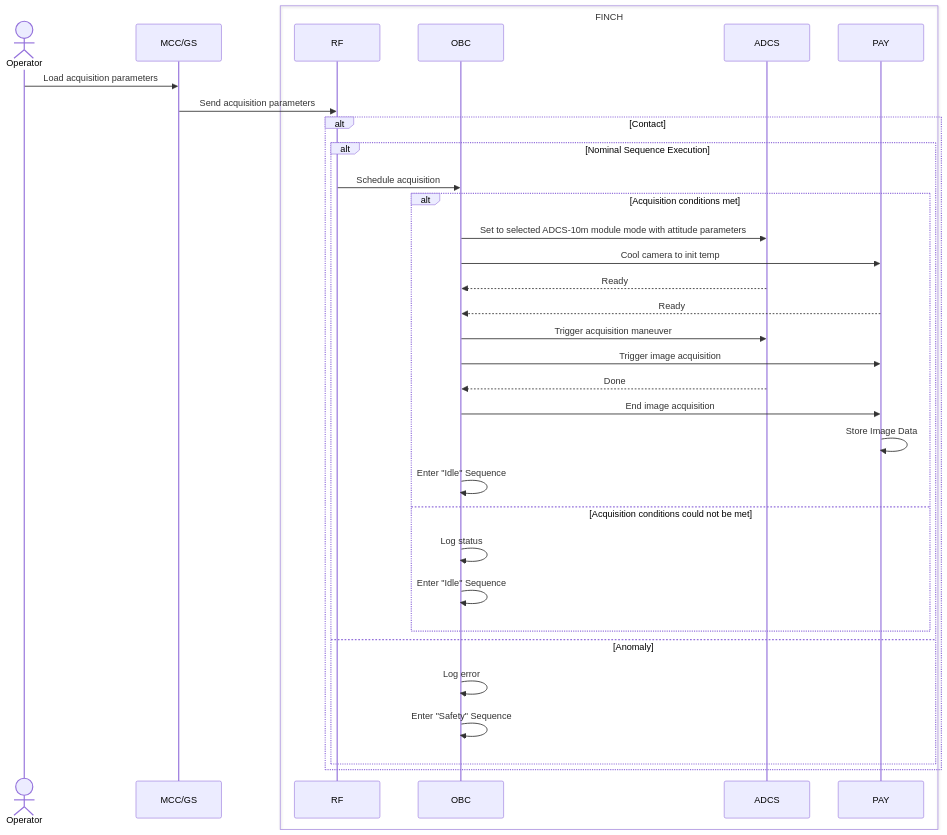
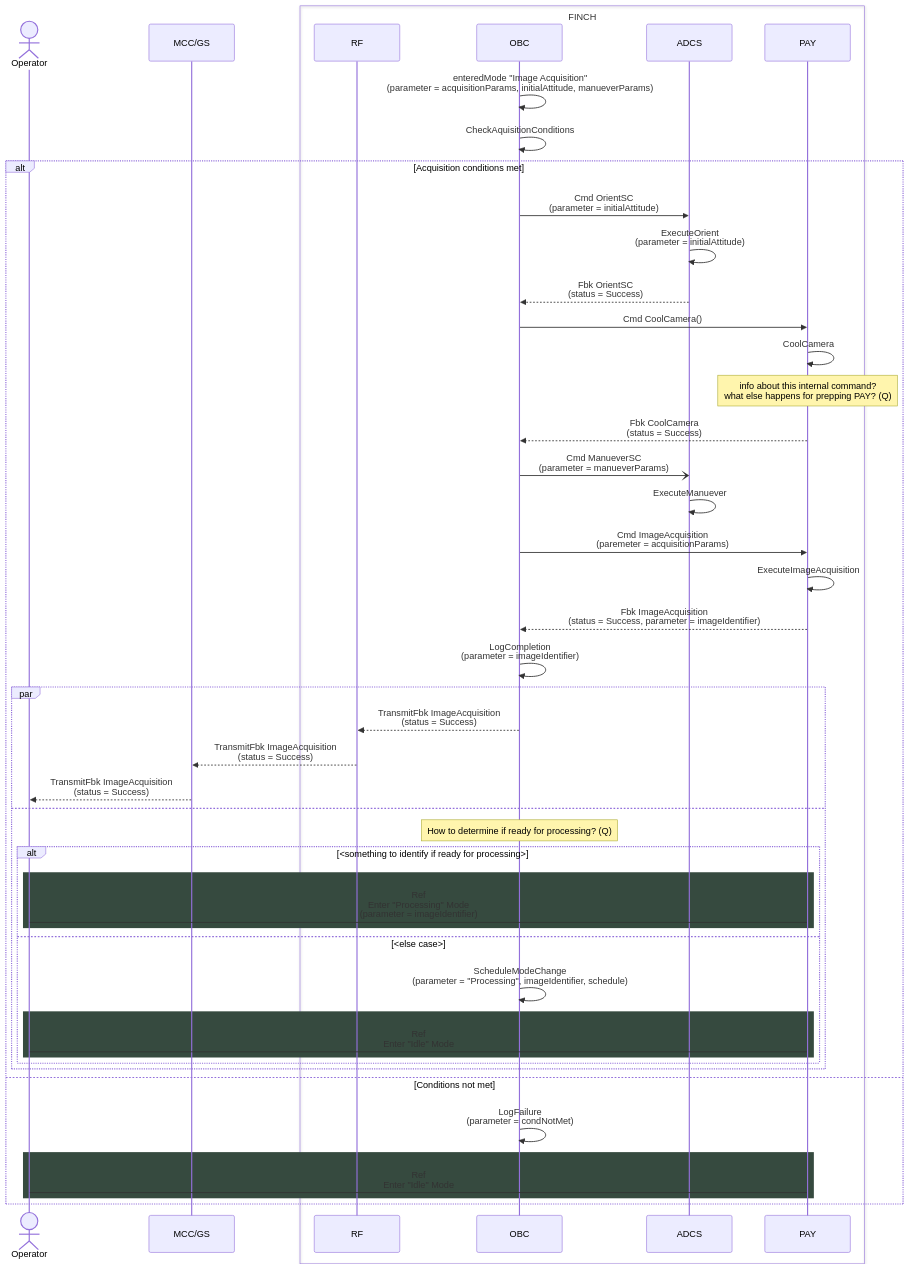
Before and after one commit to Addy-lit/FINCH-system-architecture: the diagram in command sequences/acquisition-command.md, drawn with Mermaid.

````diff
--- a/command sequences/acquisition-command.md
+++ b/command sequences/acquisition-command.md
@@ -2,45 +2,56 @@
 ```mermaid
 sequenceDiagram
     Actor Operator
     participant MCC/GS
     box FINCH
         participant RF
         participant OBC
         participant ADCS
         participant PAY
     end
 
-%% check power level to go into imaging, otherwise go to idle
+    OBC ->> OBC: enteredMode "Image Acquisition" <br> (parameter = acquisitionParams, initialAttitude, manueverParams)
+    OBC ->> OBC: CheckAquisitionConditions
 
-    Operator->>MCC/GS: Load acquisition parameters
-    MCC/GS->>RF: Send acquisition parameters
+    alt Acquisition conditions met
+        OBC ->> ADCS: Cmd OrientSC <br> (parameter = initialAttitude)
+        ADCS ->> ADCS: ExecuteOrient <br> (parameter = initialAttitude)
+        ADCS -->> OBC: Fbk OrientSC <br> (status = Success)
+        OBC ->> PAY: Cmd CoolCamera()
+        PAY ->> PAY: CoolCamera
+        note over PAY: info about this internal command? <br> what else happens for prepping PAY? (Q)
+        PAY -->> OBC: Fbk CoolCamera <br> (status = Success)
 
-    alt Contact
-        alt Nominal Sequence Execution
-            RF->>OBC: Schedule acquisition
+        OBC -) ADCS: Cmd ManueverSC <br> (parameter = manueverParams)
+        ADCS ->> ADCS: ExecuteManuever
+        OBC ->> PAY: Cmd ImageAcquisition <br> (paremeter = acquisitionParams)
+        PAY ->> PAY: ExecuteImageAcquisition
+        PAY -->> OBC: Fbk ImageAcquisition <br> (status = Success, parameter = imageIdentifier)
+        OBC ->> OBC: LogCompletion <br> (parameter = imageIdentifier)
 
-            alt Acquisition conditions met
-                OBC->>ADCS: Set to selected ADCS-10m module mode with attitude parameters
-                OBC->>PAY: Cool camera to init temp
-                ADCS-->>OBC: Ready
-                PAY-->>OBC: Ready
-    
-                OBC->>ADCS: Trigger acquisition maneuver
-                OBC->>PAY: Trigger image acquisition
-                ADCS-->>OBC: Done
-                OBC->>PAY: End image acquisition
-                PAY->>PAY: Store Image Data
+        par
+            OBC -->> RF: TransmitFbk ImageAcquisition <br> (status = Success)
+            RF -->> MCC/GS: TransmitFbk ImageAcquisition <br> (status = Success)
+            MCC/GS -->> Operator: TransmitFbk ImageAcquisition <br> (status = Success)
+        and
+            note over OBC: How to determine if ready for processing? (Q)
+            alt <something to identify if ready for processing>
+                rect rgb(54,74,63)
+                    Operator -> PAY: Ref <br/> Enter "Processing" Mode <br> (parameter = imageIdentifier)
+                end
+            else <else case>
+                OBC ->> OBC: ScheduleModeChange <br> (parameter = "Processing", imageIdentifier, schedule)
+                rect rgb(54,74,63)
+                    Operator -> PAY: Ref <br/> Enter "Idle" Mode
+                end
+            end
+        end
 
-                OBC->>OBC: Enter "Idle" Sequence
-
-            else Acquisition conditions could not be met
-                OBC->>OBC: Log status
-                OBC->>OBC: Enter "Idle" Sequence
-            end
-        else Anomaly
-            OBC->>OBC: Log error
-            OBC->>OBC: Enter "Safety" Sequence
+    else Conditions not met
+        OBC ->> OBC: LogFailure <br> (parameter = condNotMet)
+        rect rgb(54,74,63)
+	        Operator -> PAY: Ref <br/> Enter "Idle" Mode
         end
     end
 
 ```
````
